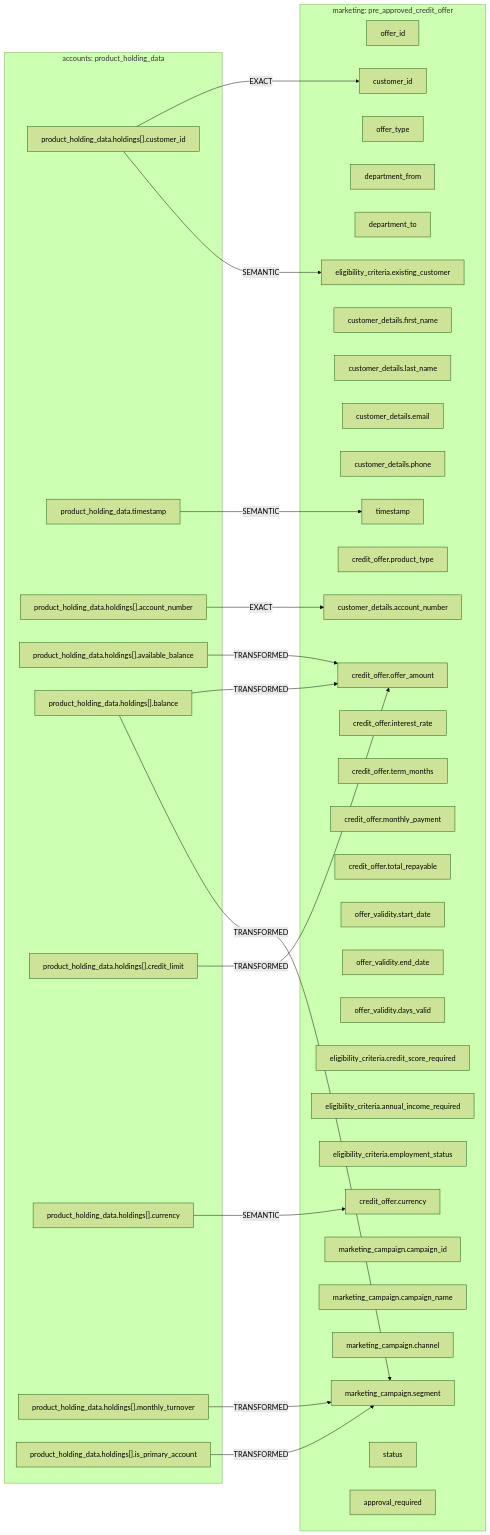
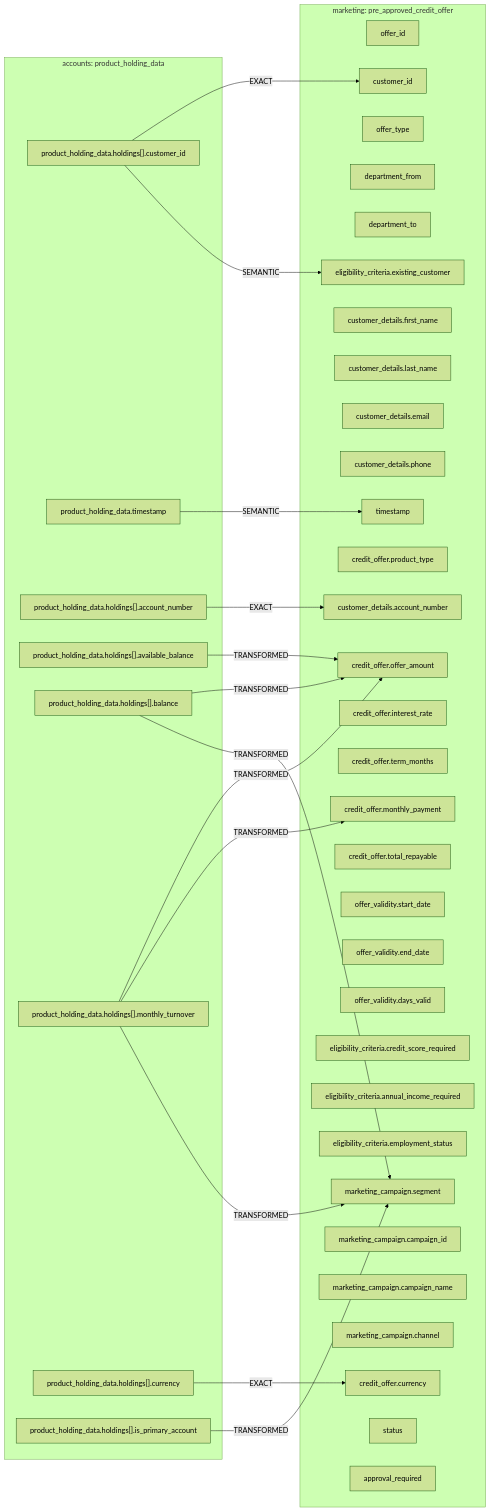
The diagram in mermaids/marketing/credit/pre_approved_credit_offer__from__accounts__product_holding_data.mmd (MAKWilkinson/HSBC-Data-Fabric-PoC-v2), drawn with Mermaid (forest theme) before and after one commit. The commit also changed 257 other files, not shown here.

```diff
--- a/mermaids/marketing/credit/pre_approved_credit_offer__from__accounts__product_holding_data.mmd
+++ b/mermaids/marketing/credit/pre_approved_credit_offer__from__accounts__product_holding_data.mmd
@@ -1,56 +1,56 @@
 flowchart LR
   subgraph IN["accounts: product_holding_data"]
     in_product_holding_data_holdings___customer_id["product_holding_data.holdings[].customer_id"]
     in_product_holding_data_timestamp["product_holding_data.timestamp"]
     in_product_holding_data_holdings___account_number["product_holding_data.holdings[].account_number"]
     in_product_holding_data_holdings___available_balance["product_holding_data.holdings[].available_balance"]
     in_product_holding_data_holdings___balance["product_holding_data.holdings[].balance"]
-    in_product_holding_data_holdings___credit_limit["product_holding_data.holdings[].credit_limit"]
+    in_product_holding_data_holdings___monthly_turnover["product_holding_data.holdings[].monthly_turnover"]
     in_product_holding_data_holdings___currency["product_holding_data.holdings[].currency"]
-    in_product_holding_data_holdings___monthly_turnover["product_holding_data.holdings[].monthly_turnover"]
     in_product_holding_data_holdings___is_primary_account["product_holding_data.holdings[].is_primary_account"]
   end
   subgraph OUT["marketing: pre_approved_credit_offer"]
     out_offer_id["offer_id"]
     out_customer_id["customer_id"]
     out_offer_type["offer_type"]
     out_department_from["department_from"]
     out_department_to["department_to"]
     out_timestamp["timestamp"]
     out_customer_details_first_name["customer_details.first_name"]
     out_customer_details_last_name["customer_details.last_name"]
     out_customer_details_email["customer_details.email"]
     out_customer_details_phone["customer_details.phone"]
     out_customer_details_account_number["customer_details.account_number"]
     out_credit_offer_product_type["credit_offer.product_type"]
     out_credit_offer_offer_amount["credit_offer.offer_amount"]
     out_credit_offer_currency["credit_offer.currency"]
     out_credit_offer_interest_rate["credit_offer.interest_rate"]
     out_credit_offer_term_months["credit_offer.term_months"]
     out_credit_offer_monthly_payment["credit_offer.monthly_payment"]
     out_credit_offer_total_repayable["credit_offer.total_repayable"]
     out_offer_validity_start_date["offer_validity.start_date"]
     out_offer_validity_end_date["offer_validity.end_date"]
     out_offer_validity_days_valid["offer_validity.days_valid"]
     out_eligibility_criteria_credit_score_required["eligibility_criteria.credit_score_required"]
     out_eligibility_criteria_annual_income_required["eligibility_criteria.annual_income_required"]
     out_eligibility_criteria_employment_status["eligibility_criteria.employment_status"]
     out_eligibility_criteria_existing_customer["eligibility_criteria.existing_customer"]
     out_marketing_campaign_campaign_id["marketing_campaign.campaign_id"]
     out_marketing_campaign_campaign_name["marketing_campaign.campaign_name"]
     out_marketing_campaign_channel["marketing_campaign.channel"]
     out_marketing_campaign_segment["marketing_campaign.segment"]
     out_status["status"]
     out_approval_required["approval_required"]
   end
   in_product_holding_data_holdings___customer_id -->|EXACT| out_customer_id
   in_product_holding_data_timestamp -->|SEMANTIC| out_timestamp
   in_product_holding_data_holdings___account_number -->|EXACT| out_customer_details_account_number
   in_product_holding_data_holdings___available_balance -->|TRANSFORMED| out_credit_offer_offer_amount
   in_product_holding_data_holdings___balance -->|TRANSFORMED| out_credit_offer_offer_amount
-  in_product_holding_data_holdings___credit_limit -->|TRANSFORMED| out_credit_offer_offer_amount
-  in_product_holding_data_holdings___currency -->|SEMANTIC| out_credit_offer_currency
+  in_product_holding_data_holdings___monthly_turnover -->|TRANSFORMED| out_credit_offer_offer_amount
+  in_product_holding_data_holdings___currency -->|EXACT| out_credit_offer_currency
+  in_product_holding_data_holdings___monthly_turnover -->|TRANSFORMED| out_credit_offer_monthly_payment
   in_product_holding_data_holdings___customer_id -->|SEMANTIC| out_eligibility_criteria_existing_customer
   in_product_holding_data_holdings___balance -->|TRANSFORMED| out_marketing_campaign_segment
   in_product_holding_data_holdings___monthly_turnover -->|TRANSFORMED| out_marketing_campaign_segment
   in_product_holding_data_holdings___is_primary_account -->|TRANSFORMED| out_marketing_campaign_segment
```
